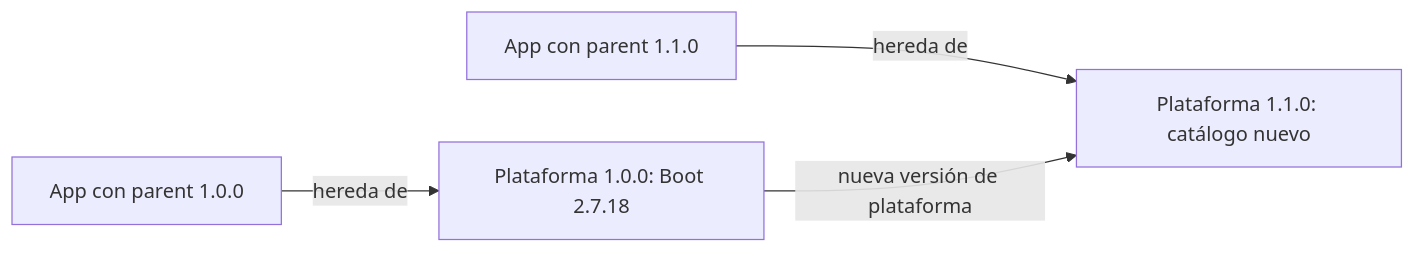
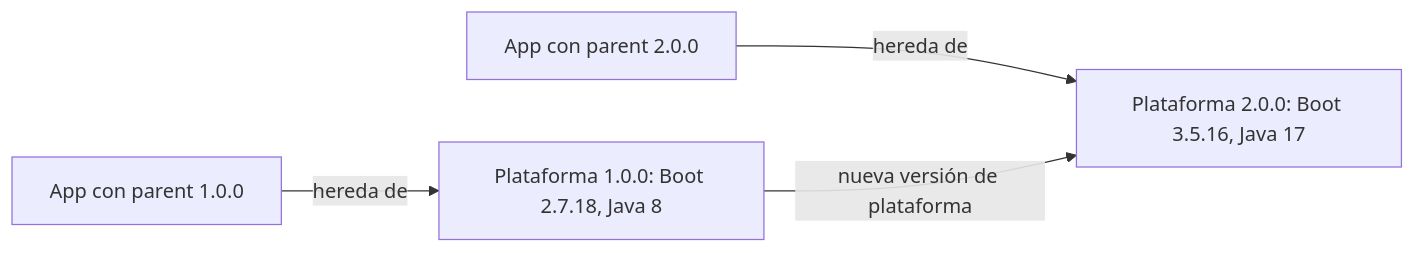
One commit to IAAA-Lab/maven-corporate-pom changed the fourth of 4 diagrams in README.md. Above: the diagram before and after it, drawn with Mermaid. The commit also changed other lines of this file, not shown here.

First line of the commit message:
docs: describe platform 2.0.0 and how the platform evolves

````diff
--- a/README.md
+++ b/README.md
@@ -212,11 +260,11 @@
 ```mermaid
 flowchart LR
     oldApp["App con parent 1.0.0"]
-    oldPlatform["Plataforma 1.0.0: Boot 2.7.18"]
-    newPlatform["Plataforma 1.1.0: catálogo nuevo"]
-    upgradedApp["App con parent 1.1.0"]
+    oldPlatform["Plataforma 1.0.0: Boot 2.7.18, Java 8"]
+    newPlatform["Plataforma 2.0.0: Boot 3.5.16, Java 17"]
+    upgradedApp["App con parent 2.0.0"]
 
     oldApp -->|"hereda de"| oldPlatform
     upgradedApp -->|"hereda de"| newPlatform
     oldPlatform -->|"nueva versión de plataforma"| newPlatform
 ```
````
